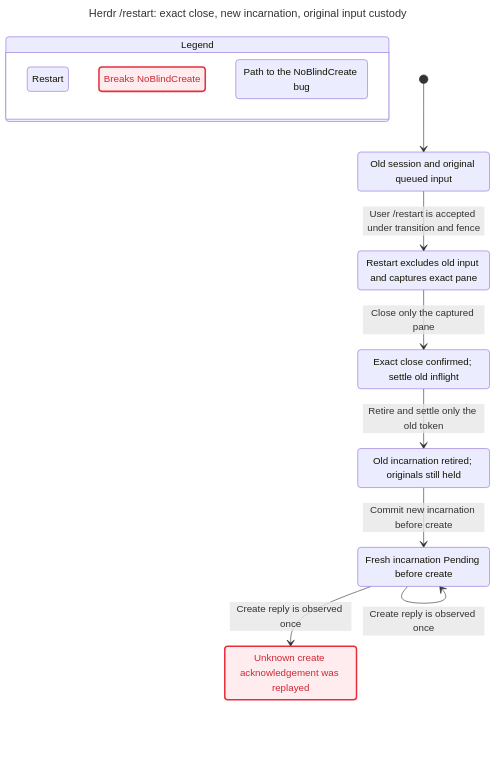
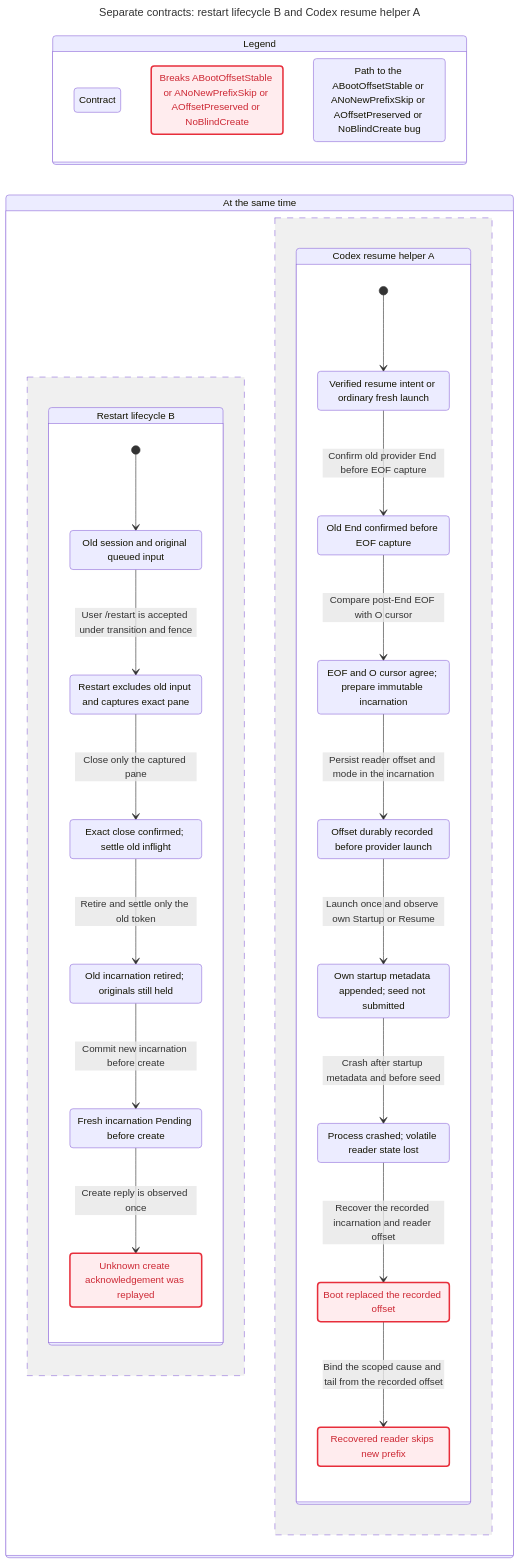
Before and after one commit to itismyfield/AgentDesk: the diagram in docs/statecharts/session-lifecycle/herdr-restart-ReplayUnknown.chart.mmd, drawn with Mermaid. The commit also changed 185 other files, not shown here.

First line of the commit message:
feat: preserve explicit Codex Herdr resume boundaries

```diff
--- a/docs/statecharts/session-lifecycle/herdr-restart-ReplayUnknown.chart.mmd
+++ b/docs/statecharts/session-lifecycle/herdr-restart-ReplayUnknown.chart.mmd
@@ -1,38 +1,80 @@
 ---
-title: "Herdr /restart: exact close, new incarnation, original input custody"
+title: "Separate contracts: restart lifecycle B and Codex resume helper A"
 ---
 stateDiagram-v2
+  direction LR
   state "Legend" as legend {
-    lg0: Restart
-    lg1: Breaks NoBlindCreate
-    lg2: Path to the NoBlindCreate bug
+    lg0: Contract
+    lg1: Breaks ABootOffsetStable or ANoNewPrefixSkip or AOffsetPreserved or NoBlindCreate
+    lg2: Path to the ABootOffsetStable or ANoNewPrefixSkip or AOffsetPreserved or NoBlindCreate bug
   }
   class lg0 blue
   class lg1 breaks
   class lg2 bugPath
-  s0: Old session and original queued input
-  s1: Restart excludes old input and captures exact pane
-  s2: Exact close confirmed#59; settle old inflight
-  s3: Old incarnation retired#59; originals still held
-  s4: Fresh incarnation Pending before create
-  s5: Unknown create acknowledgement was replayed
-  [*] --> s0
-  s0 --> s1: User /restart is accepted under transition and fence
-  s1 --> s2: Close only the captured pane
-  s2 --> s3: Retire and settle only the old token
-  s3 --> s4: Commit new incarnation before create
-  s4 --> s4: Create reply is observed once
-  s4 --> s5: Create reply is observed once
+  state "At the same time" as all {
+    state "Restart lifecycle B" as r0 {
+      s0: Old session and original queued input
+      s1: Restart excludes old input and captures exact pane
+      s2: Exact close confirmed#59; settle old inflight
+      s3: Old incarnation retired#59; originals still held
+      s4: Fresh incarnation Pending before create
+      s5: Unknown create acknowledgement was replayed
+      [*] --> s0
+      s0 --> s1: User /restart is accepted under transition and fence
+      s1 --> s2: Close only the captured pane
+      s2 --> s3: Retire and settle only the old token
+      s3 --> s4: Commit new incarnation before create
+      s4 --> s5: Create reply is observed once
+    }
+    --
+    state "Codex resume helper A" as r1 {
+      s6: Verified resume intent or ordinary fresh launch
+      s7: Old End confirmed before EOF capture
+      s8: EOF and O cursor agree#59; prepare immutable incarnation
+      s9: Offset durably recorded before provider launch
+      s10: Own startup metadata appended#59; seed not submitted
+      s11: Process crashed#59; volatile reader state lost
+      s12: Boot replaced the recorded offset
+      s13: Recovered reader skips new prefix
+      [*] --> s6
+      s6 --> s7: Confirm old provider End before EOF capture
+      s7 --> s8: Compare post-End EOF with O cursor
+      s8 --> s9: Persist reader offset and mode in the incarnation
+      s9 --> s10: Launch once and observe own Startup or Resume
+      s10 --> s11: Crash after startup metadata and before seed
+      s11 --> s12: Recover the recorded incarnation and reader offset
+      s12 --> s13: Bind the scoped cause and tail from the recorded offset
+    }
+  }
   classDef breaks fill:#ffecee,stroke:#e72e3b,stroke-width:2.5px,color:#cd2834
   class s0 blue
   class s0 bugPath
   class s1 blue
   class s1 bugPath
   class s2 blue
   class s2 bugPath
   class s3 blue
   class s3 bugPath
   class s4 blue
   class s4 bugPath
+  class s5 blue
   class s5 breaks
   class s5 bugPath
+  class s6 blue
+  class s6 bugPath
+  class s7 blue
+  class s7 bugPath
+  class s8 blue
+  class s8 bugPath
+  class s9 blue
+  class s9 bugPath
+  class s10 blue
+  class s10 bugPath
+  class s11 blue
+  class s11 bugPath
+  class s12 blue
+  class s12 breaks
+  class s12 bugPath
+  class s13 blue
+  class s13 breaks
+  class s13 bugPath
```
